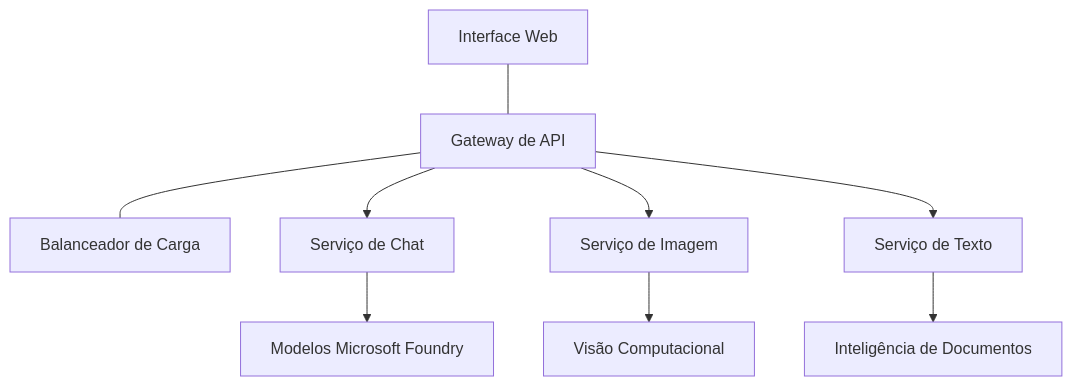
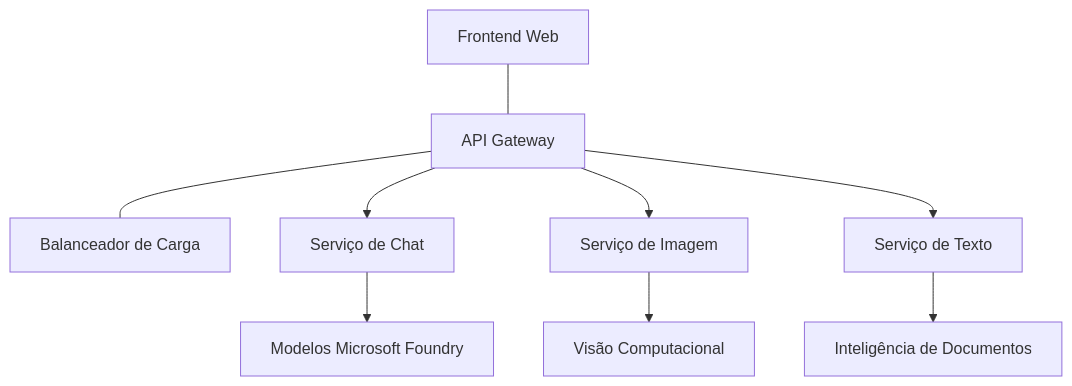
The diagram in translations/pt-PT/docs/chapter-08-production/production-ai-practices.md (microsoft/AZD-for-beginners), drawn with Mermaid before and after one commit. The commit also changed other lines of this file and 101 other files, not shown here.

````diff
--- a/translations/pt-PT/docs/chapter-08-production/production-ai-practices.md
+++ b/translations/pt-PT/docs/chapter-08-production/production-ai-practices.md
@@ -30,10 +30,10 @@
 ```mermaid
 graph TD
-    Frontend[Interface Web] --- Gateway[Gateway de API] --- LB[Balanceador de Carga]
+    Frontend[Frontend Web] --- Gateway[API Gateway] --- LB[Balanceador de Carga]
     Gateway --> Chat[Serviço de Chat]
     Gateway --> Image[Serviço de Imagem]
     Gateway --> Text[Serviço de Texto]
     Chat --> OpenAI[Modelos Microsoft Foundry]
     Image --> Vision[Visão Computacional]
     Text --> DocIntel[Inteligência de Documentos]
 ```
````
